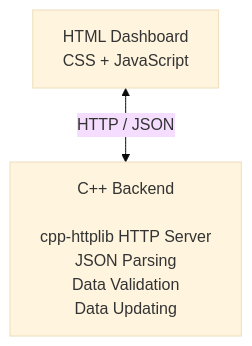
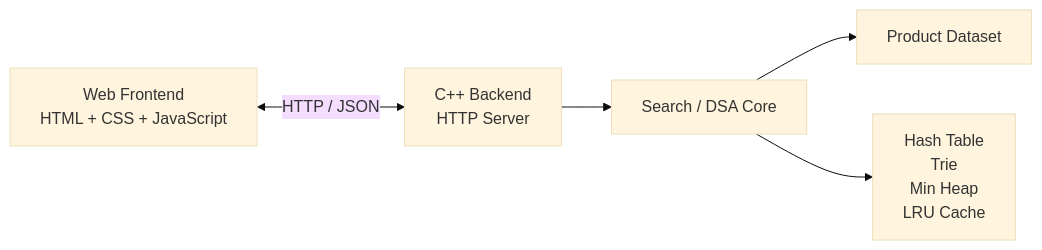
Before and after one commit to D-an-DASA/warehouse_-_order_management: the first of 3 diagrams in README.md, drawn with Mermaid (base theme). The commit also changed other lines of this file, not shown here.

````diff
--- a/README.md
+++ b/README.md
@@ -28,7 +26,14 @@
 ```mermaid
-flowchart TB
-    Frontend["HTML Dashboard<br/>CSS + JavaScript"]
-    Backend["C++ Backend<br/><br/>cpp-httplib HTTP Server<br/>JSON Parsing<br/>Data Validation<br/>Data Updating"]
+flowchart LR
 
-    Frontend <-->|"HTTP / JSON"| Backend
+    A["Web Frontend<br/>HTML + CSS + JavaScript"]
+    B["C++ Backend<br/>HTTP Server"]
+    C["Search / DSA Core"]
+    D["Product Dataset"]
+    E["Hash Table<br/>Trie<br/>Min Heap<br/>LRU Cache"]
+
+    A <-->|"HTTP / JSON"| B
+    B --> C
+    C --> D
+    C --> E
 ```
````
